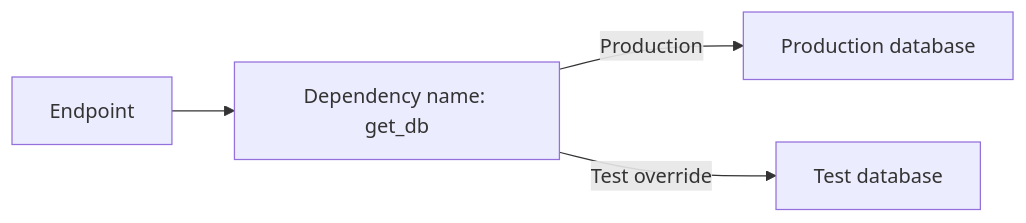
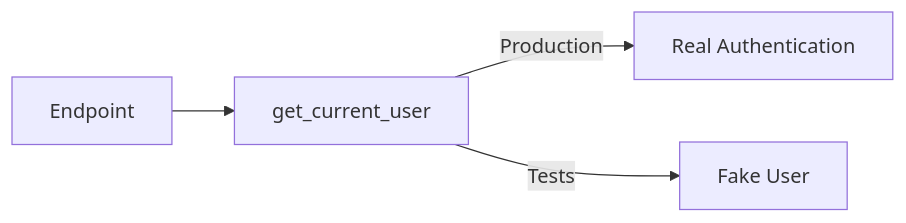
The eighth of 11 diagrams in src/content/fastapi/dependency-injection-depends.md (AvadhBhalodiya/Interview-Preparation), drawn with Mermaid before and after one commit. The commit also changed other lines of this file and 80 other files, not shown here.

````diff
--- a/src/content/fastapi/dependency-injection-depends.md
+++ b/src/content/fastapi/dependency-injection-depends.md
@@ -1131,6 +676,6 @@
 ```mermaid
 flowchart LR
-    A[Endpoint] --> B[Dependency name: get_db]
-    B -->|Production| C[Production database]
-    B -->|Test override| D[Test database]
+    A[Endpoint] --> B[get_current_user]
+    B -->|Production| C[Real Authentication]
+    B -->|Tests| D[Fake User]
 ```
````
